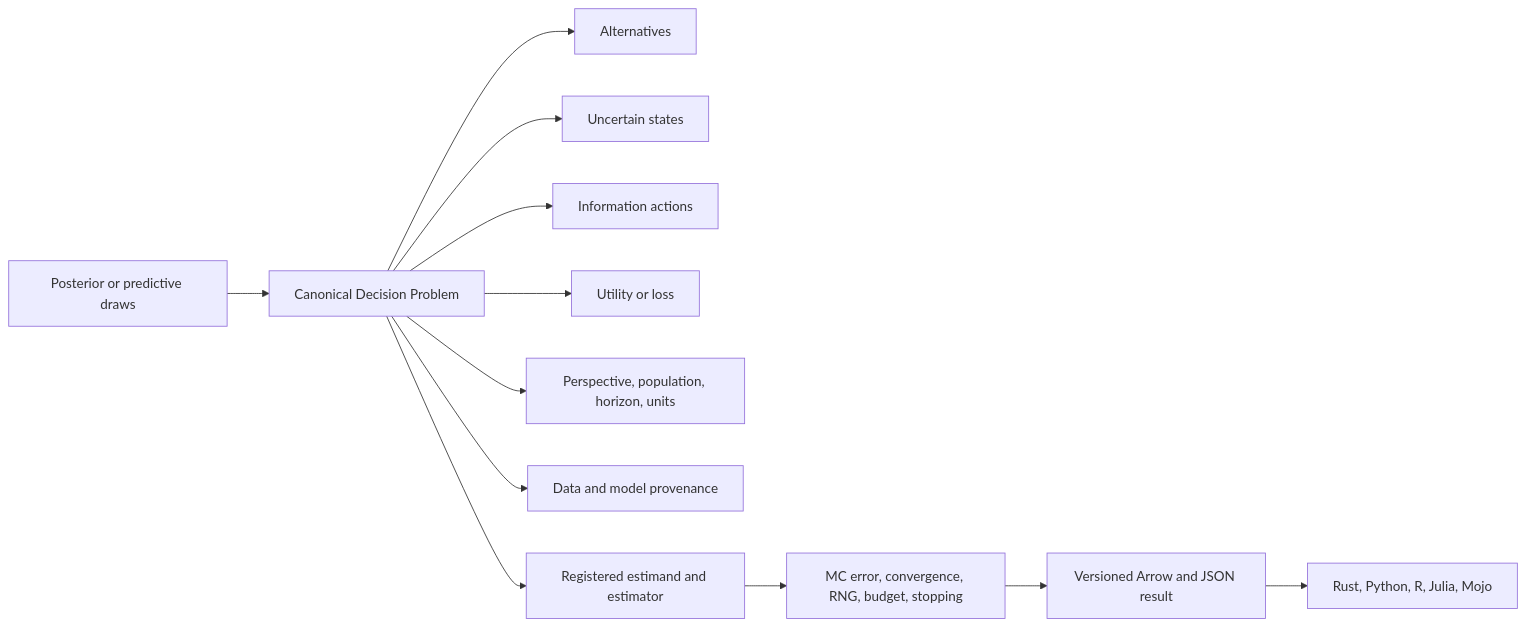
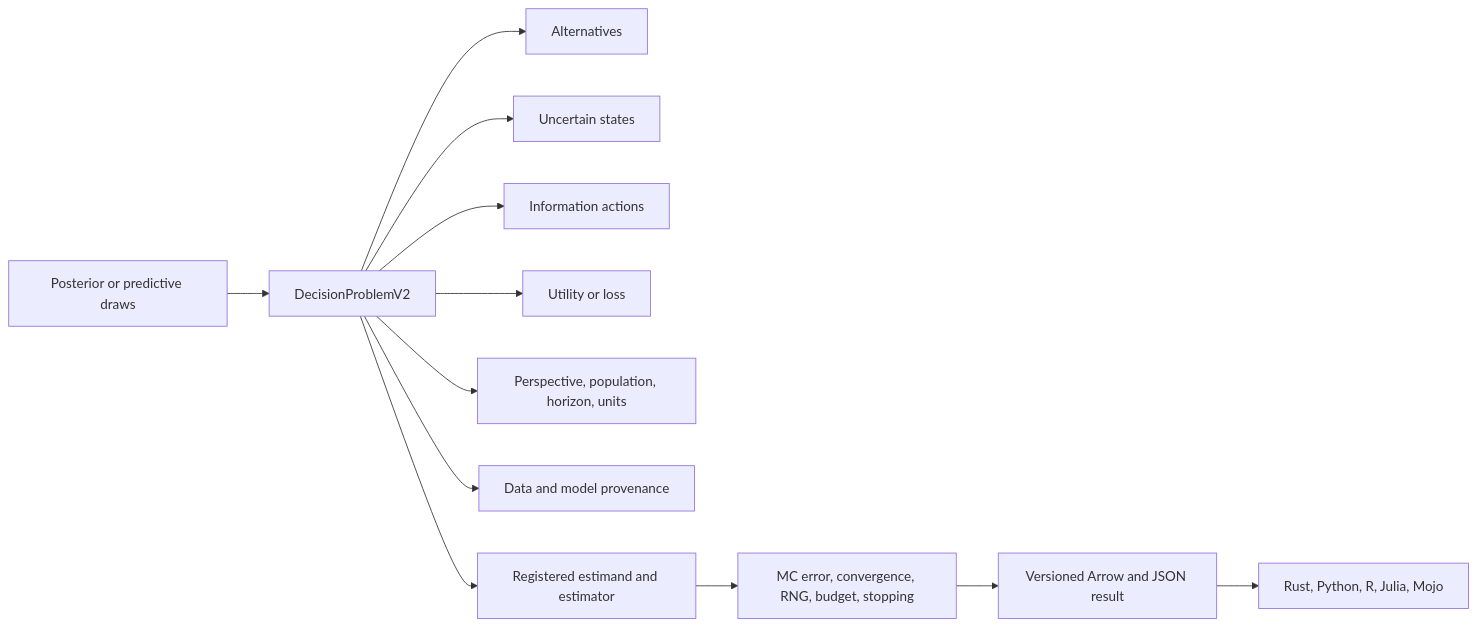
Before and after one commit to edithatogo/voiage: the fourth of 12 diagrams in conductor/design.md, drawn with Mermaid. The commit also changed other lines of this file and 25 other files, not shown here.

````diff
--- a/conductor/design.md
+++ b/conductor/design.md
@@ -83,14 +88,14 @@
 ```mermaid
 flowchart LR
-    Problem["Canonical Decision Problem"] --> Alternatives["Alternatives"]
+    Problem["DecisionProblemV2"] --> Alternatives["Alternatives"]
     Problem --> States["Uncertain states"]
     Problem --> Actions["Information actions"]
     Problem --> Utility["Utility or loss"]
     Problem --> Context["Perspective, population, horizon, units"]
     Problem --> Provenance["Data and model provenance"]
     Draws["Posterior or predictive draws"] --> Problem
     Problem --> Estimator["Registered estimand and estimator"]
     Estimator --> Assurance["MC error, convergence, RNG, budget, stopping"]
     Assurance --> Result["Versioned Arrow and JSON result"]
     Result --> Bindings["Rust, Python, R, Julia, Mojo"]
 ```
````
